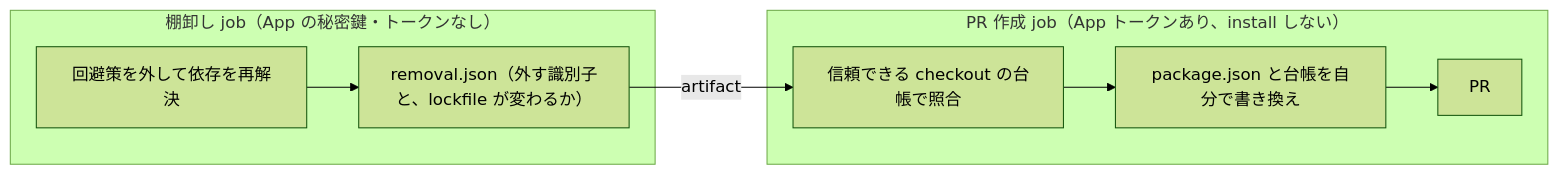
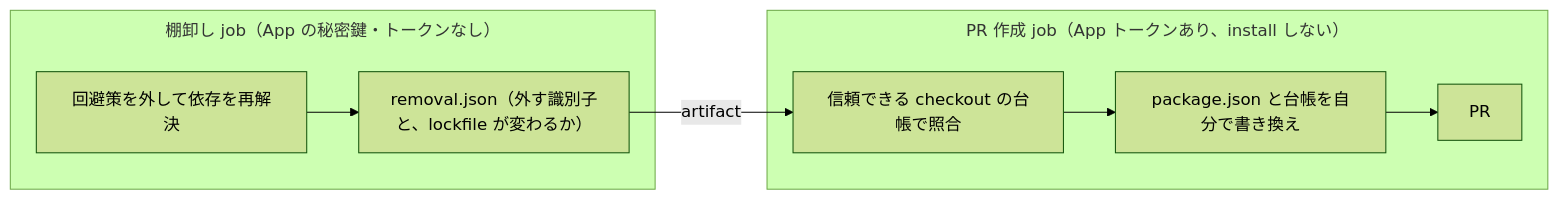
Before and after one commit to kmryst/zenn-articles: the diagram in articles/dependabot-ignore-overrides-removal-pr.md, drawn with Mermaid (forest theme).

Commit message:
docs: add subgraph title margin to the job layout diagram
Claude-Session: https://claude.ai/code/session_01Cwysu96EygNRDjDkGCpu7y

````diff
--- a/articles/dependabot-ignore-overrides-removal-pr.md
+++ b/articles/dependabot-ignore-overrides-removal-pr.md
@@ -99,10 +99,11 @@
 ```mermaid
+%%{init: {"flowchart": {"subGraphTitleMargin": {"top": 8, "bottom": 16}}}}%%
 flowchart LR
   subgraph probe["棚卸し job（App の秘密鍵・トークンなし）"]
     A[回避策を外して依存を再解決] --> B["removal.json（外す識別子と、lockfile が変わるか）"]
   end
   subgraph pr["PR 作成 job（App トークンあり、install しない）"]
     C[信頼できる checkout の台帳で照合] --> D[package.json と台帳を自分で書き換え] --> E[PR]
   end
   B -- artifact --> C
 ```
````
